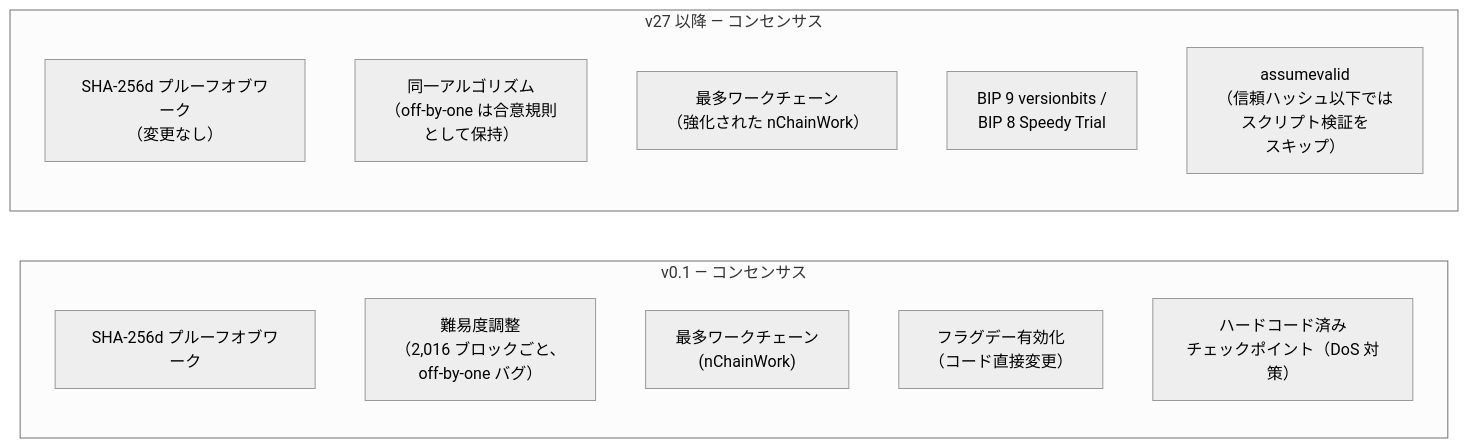
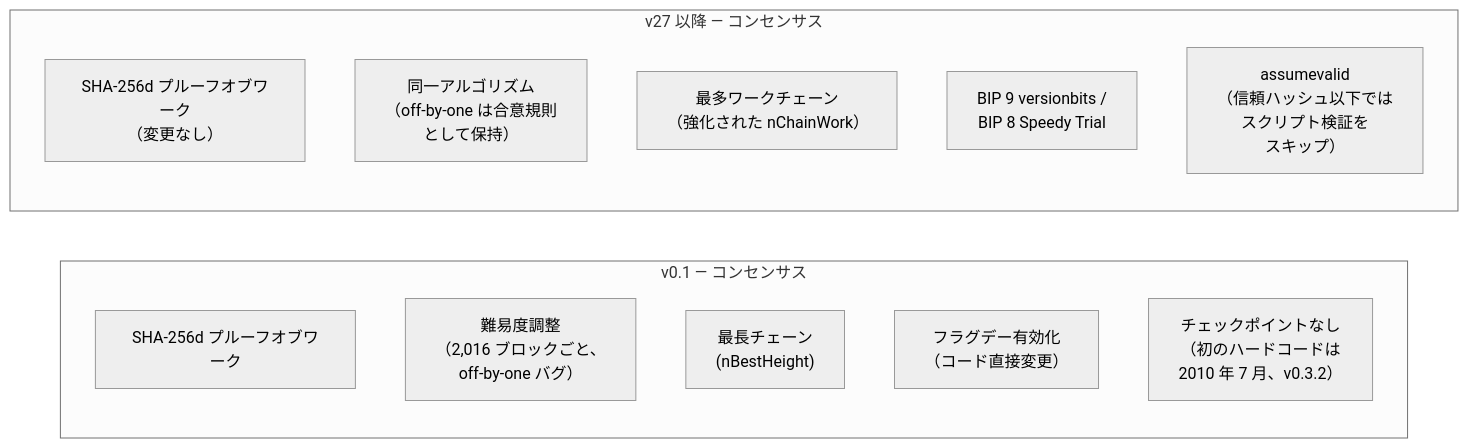
Before and after one commit to cypher256/BitcoinArchive: the fifth of 10 diagrams in src/data/translations/ja/design/2009-01-03-bitcoin-architecture-evolution.md, drawn with Mermaid (neutral theme). The commit also changed other lines of this file and 19 other files, not shown here.

````diff
--- a/src/data/translations/ja/design/2009-01-03-bitcoin-architecture-evolution.md
+++ b/src/data/translations/ja/design/2009-01-03-bitcoin-architecture-evolution.md
@@ -182,20 +182,20 @@
 ```mermaid
 flowchart LR
     subgraph V01_CON["v0.1 — コンセンサス"]
         direction TB
         POW_0["SHA-256d プルーフオブワーク"]
         DIFF_0["難易度調整<br/>（2,016 ブロックごと、<br/>off-by-one バグ）"]
-        CHAIN_0["最多ワークチェーン<br/>(nChainWork)"]
+        CHAIN_0["最長チェーン<br/>(nBestHeight)"]
         ACT_0["フラグデー有効化<br/>（コード直接変更）"]
-        CHECK_0["ハードコード済み<br/>チェックポイント（DoS 対策）"]
+        CHECK_0["チェックポイントなし<br/>（初のハードコードは<br/>2010 年 7 月、v0.3.2）"]
     end
 
     subgraph V27_CON["v27 以降 — コンセンサス"]
         direction TB
         POW_N["SHA-256d プルーフオブワーク<br/>（変更なし）"]
         DIFF_N["同一アルゴリズム<br/>（off-by-one は合意規則<br/>として保持）"]
         CHAIN_N["最多ワークチェーン<br/>（強化された nChainWork）"]
         ACT_N["BIP 9 versionbits /<br/>BIP 8 Speedy Trial"]
         ASSUME["assumevalid<br/>（信頼ハッシュ以下では<br/>スクリプト検証を<br/>スキップ）"]
     end
 ```
````
